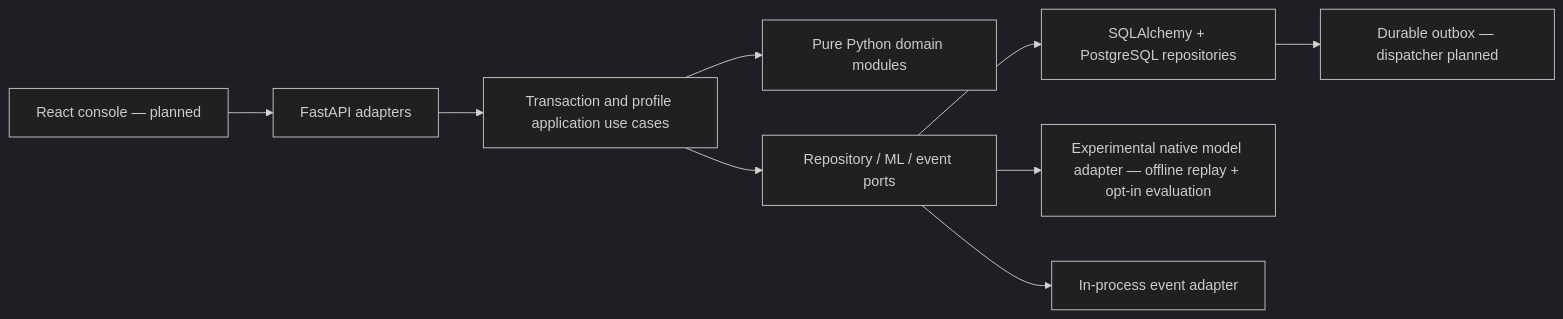
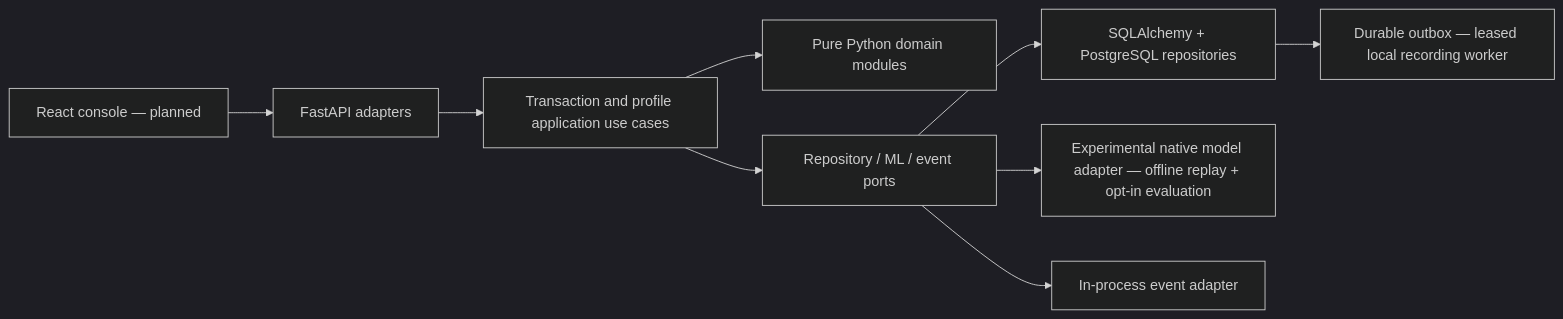
One commit to nuchaaa/FraudLens changed the diagram in README.md. Above: the diagram before and after it, drawn with Mermaid (dark theme). The commit also changed other lines of this file and 15 other files, not shown here.

Commit message:
Add leased local outbox delivery and crash recovery

````diff
--- a/README.md
+++ b/README.md
@@ -65,11 +68,11 @@
 ```mermaid
 flowchart LR
     UI[React console — planned] --> HTTP[FastAPI adapters]
     HTTP --> UC[Transaction and profile application use cases]
     UC --> D[Pure Python domain modules]
     UC --> P[Repository / ML / event ports]
     P --> DB[SQLAlchemy + PostgreSQL repositories]
     P --> ML[Experimental native model adapter — offline replay + opt-in evaluation]
     P --> EV[In-process event adapter]
-    DB --> OB[Durable outbox — dispatcher planned]
+    DB --> OB[Durable outbox — leased local recording worker]
 ```
````
